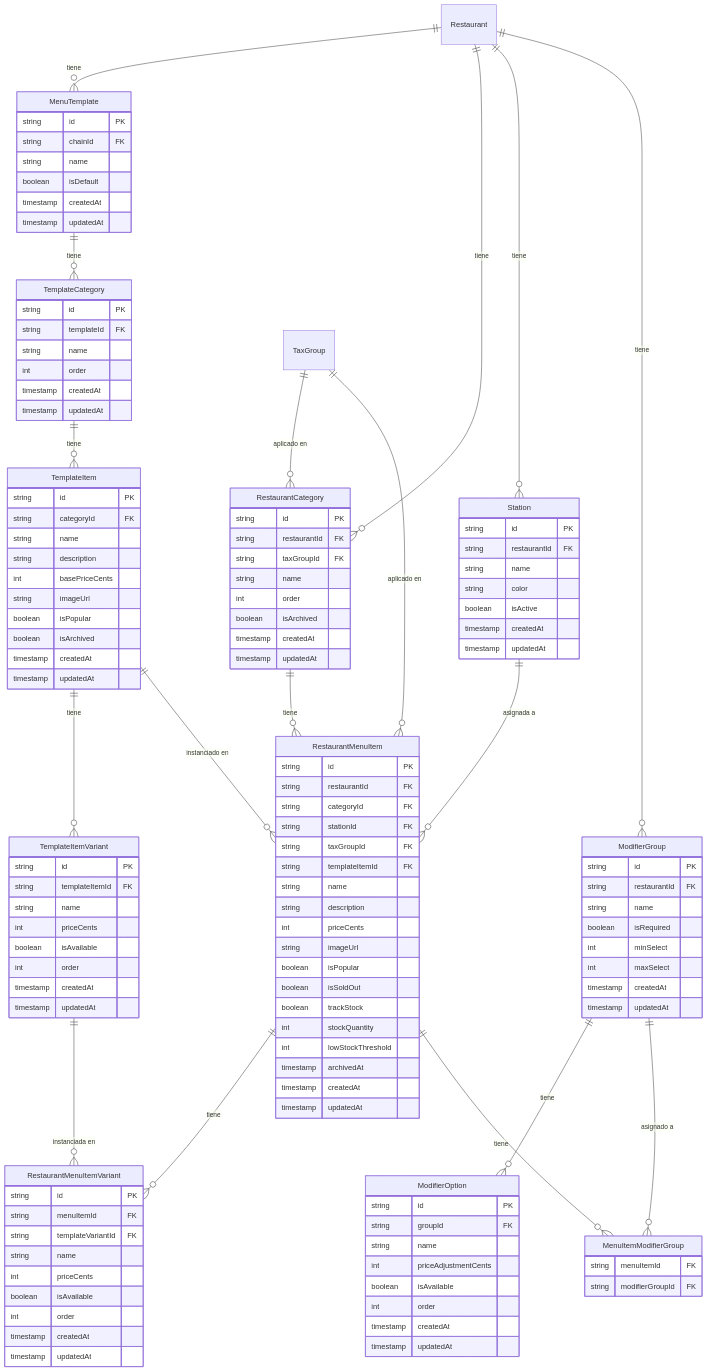
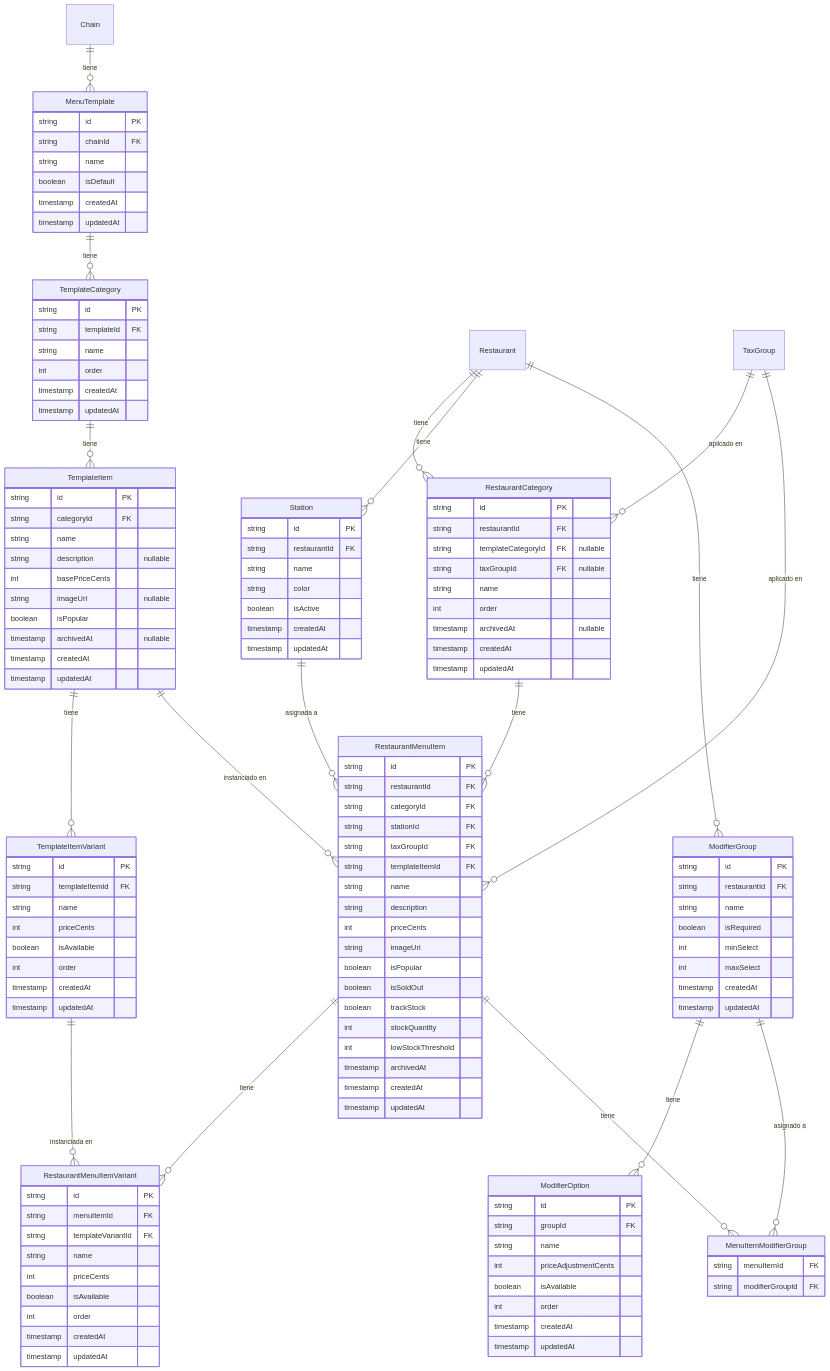
Before and after one commit to dvillagrans/Bouquet: the diagram in docs/_assets/erd/dominio-05-menu.mmd, drawn with Mermaid. The commit also changed 20 other files, not shown here.

Commit message:
feat: implement centralized authentication with AppUser, RBAC, and audit logging to replace legacy staff/admin schemas

```diff
--- a/docs/_assets/erd/dominio-05-menu.mmd
+++ b/docs/_assets/erd/dominio-05-menu.mmd
@@ -1,144 +1,145 @@
 erDiagram
 
     MenuTemplate {
         string id PK
         string chainId FK
         string name
         boolean isDefault
         timestamp createdAt
         timestamp updatedAt
     }
 
     TemplateCategory {
         string id PK
         string templateId FK
         string name
         int order
         timestamp createdAt
         timestamp updatedAt
     }
 
     TemplateItem {
         string id PK
         string categoryId FK
         string name
-        string description
+        string description "nullable"
         int basePriceCents
-        string imageUrl
+        string imageUrl "nullable"
         boolean isPopular
-        boolean isArchived
+        timestamp archivedAt "nullable"
         timestamp createdAt
         timestamp updatedAt
     }
 
     TemplateItemVariant {
         string id PK
         string templateItemId FK
         string name
         int priceCents
         boolean isAvailable
         int order
         timestamp createdAt
         timestamp updatedAt
     }
 
     RestaurantCategory {
         string id PK
         string restaurantId FK
-        string taxGroupId FK
+        string templateCategoryId FK "nullable"
+        string taxGroupId FK "nullable"
         string name
         int order
-        boolean isArchived
+        timestamp archivedAt "nullable"
         timestamp createdAt
         timestamp updatedAt
     }
 
     Station {
         string id PK
         string restaurantId FK
         string name
         string color
         boolean isActive
         timestamp createdAt
         timestamp updatedAt
     }
 
     RestaurantMenuItem {
         string id PK
         string restaurantId FK
         string categoryId FK
         string stationId FK
         string taxGroupId FK
         string templateItemId FK
         string name
         string description
         int priceCents
         string imageUrl
         boolean isPopular
         boolean isSoldOut
         boolean trackStock
         int stockQuantity
         int lowStockThreshold
         timestamp archivedAt
         timestamp createdAt
         timestamp updatedAt
     }
 
     RestaurantMenuItemVariant {
         string id PK
         string menuItemId FK
         string templateVariantId FK
         string name
         int priceCents
         boolean isAvailable
         int order
         timestamp createdAt
         timestamp updatedAt
     }
 
     ModifierGroup {
         string id PK
         string restaurantId FK
         string name
         boolean isRequired
         int minSelect
         int maxSelect
         timestamp createdAt
         timestamp updatedAt
     }
 
     ModifierOption {
         string id PK
         string groupId FK
         string name
         int priceAdjustmentCents
         boolean isAvailable
         int order
         timestamp createdAt
         timestamp updatedAt
     }
 
     MenuItemModifierGroup {
         string menuItemId FK
         string modifierGroupId FK
     }
 
     MenuTemplate ||--o{ TemplateCategory : "tiene"
     TemplateCategory ||--o{ TemplateItem : "tiene"
     TemplateItem ||--o{ TemplateItemVariant : "tiene"
 
     RestaurantCategory ||--o{ RestaurantMenuItem : "tiene"
     Station ||--o{ RestaurantMenuItem : "asignada a"
     RestaurantMenuItem ||--o{ RestaurantMenuItemVariant : "tiene"
     RestaurantMenuItem ||--o{ MenuItemModifierGroup : "tiene"
     TemplateItem ||--o{ RestaurantMenuItem : "instanciado en"
     TemplateItemVariant ||--o{ RestaurantMenuItemVariant : "instanciada en"
 
     ModifierGroup ||--o{ ModifierOption : "tiene"
     ModifierGroup ||--o{ MenuItemModifierGroup : "asignado a"
-    Restaurant ||--o{ MenuTemplate : "tiene"
+    Chain ||--o{ MenuTemplate : "tiene"
     Restaurant ||--o{ RestaurantCategory : "tiene"
     Restaurant ||--o{ Station : "tiene"
     Restaurant ||--o{ ModifierGroup : "tiene"
     TaxGroup ||--o{ RestaurantCategory : "aplicado en"
     TaxGroup ||--o{ RestaurantMenuItem : "aplicado en"
```
